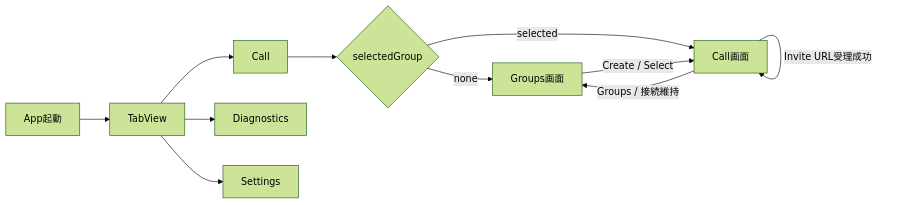
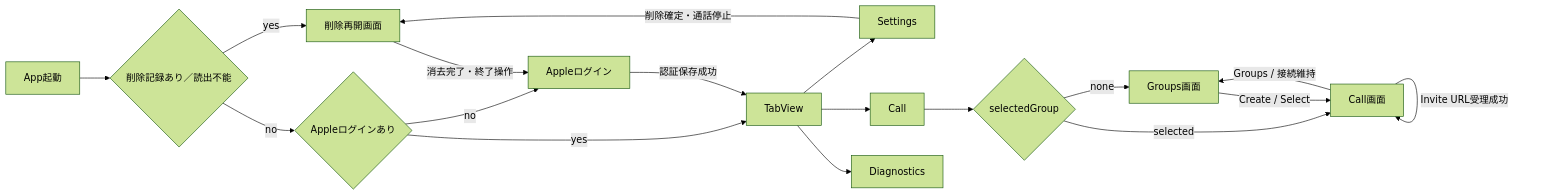
The first of 6 diagrams in docs/spec/App/UI/画面・状態遷移.md (eroccowaruico/RideIntercom), drawn with Mermaid (forest theme) before and after one commit. The commit also changed 21 other files, not shown here.

````diff
--- a/docs/spec/App/UI/画面・状態遷移.md
+++ b/docs/spec/App/UI/画面・状態遷移.md
@@ -11,15 +11,22 @@
 ```mermaid
 flowchart LR
-    A[App起動] --> B[TabView]
+    A[App起動] --> P{削除記録あり／読出不能}
+    P -- yes --> Q[削除再開画面]
+    P -- no --> L{Appleログインあり}
+    L -- yes --> B[TabView]
+    L -- no --> S[Appleログイン]
+    S -- 認証保存成功 --> B
+    E -- 削除確定・通話停止 --> Q
+    Q -- 消去完了・終了操作 --> S
     B --> C[Call]
     B --> D[Diagnostics]
     B --> E[Settings]
 
     C --> F{selectedGroup}
     F -- none --> G[Groups画面]
     F -- selected --> H[Call画面]
 
     G -- Create / Select --> H
     H -- Groups / 接続維持 --> G
     H -- Invite URL受理成功 --> H
 ```
````
